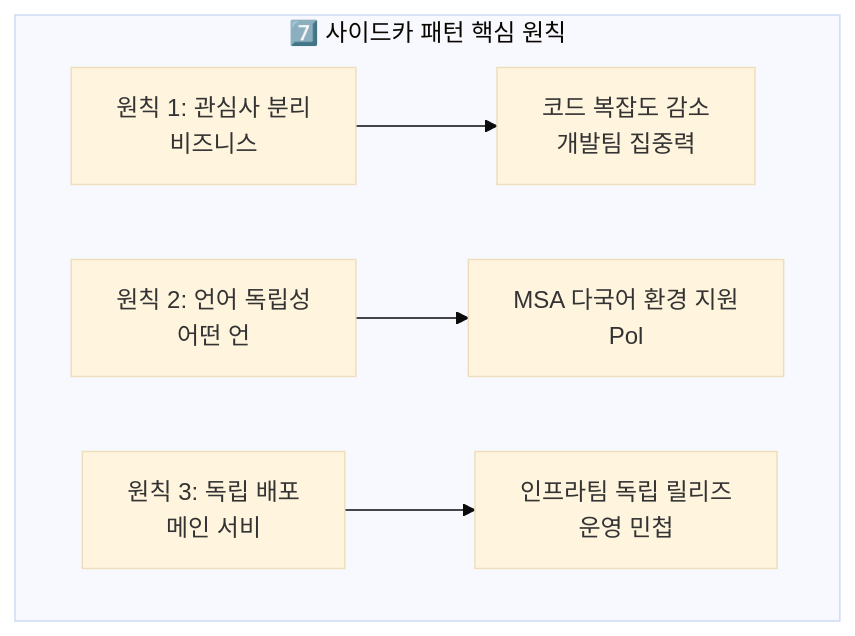
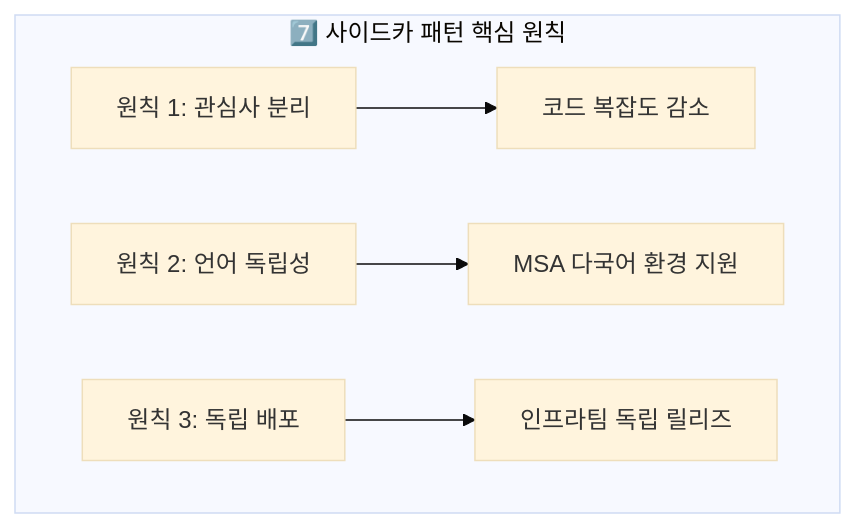
The seventh of 8 diagrams in _posts/architecture/2026-05-02-sidecar-pattern.md (yjkim2015/yjkim2015.github.io), drawn with Mermaid (base theme) before and after one commit. The commit also changed other lines of this file and 217 other files, not shown here.

First line of the commit message:
Mermaid 크기 수정: useMaxWidth:true + SVG max-width:100% + 라벨 축소

````diff
--- a/_posts/architecture/2026-05-02-sidecar-pattern.md
+++ b/_posts/architecture/2026-05-02-sidecar-pattern.md
@@ -878,11 +878,11 @@
 ```mermaid
 graph TB
     subgraph "7️⃣ 사이드카 패턴 핵심 원칙"
-        P1["원칙 1: 관심사 분리\n비즈니스"]
-        P2["원칙 2: 언어 독립성\n어떤 언"]
-        P3["원칙 3: 독립 배포\n메인 서비"]
-        P1 --> Benefit1["코드 복잡도 감소\n개발팀 집중력"]
-        P2 --> Benefit2["MSA 다국어 환경 지원\nPol"]
-        P3 --> Benefit3["인프라팀 독립 릴리즈\n운영 민첩"]
+        P1["원칙 1: 관심사 분리"]
+        P2["원칙 2: 언어 독립성"]
+        P3["원칙 3: 독립 배포"]
+        P1 --> Benefit1["코드 복잡도 감소"]
+        P2 --> Benefit2["MSA 다국어 환경 지원"]
+        P3 --> Benefit3["인프라팀 독립 릴리즈"]
     end
 ```
````
